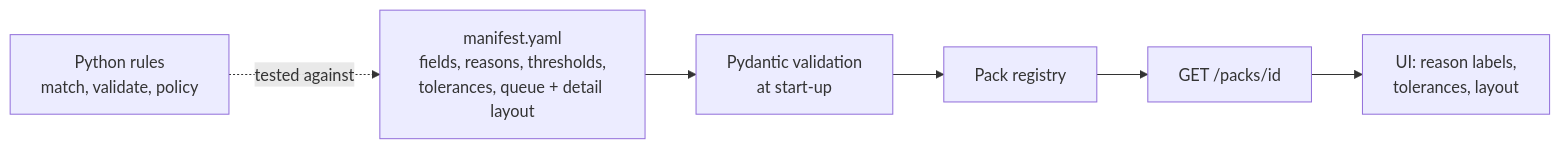
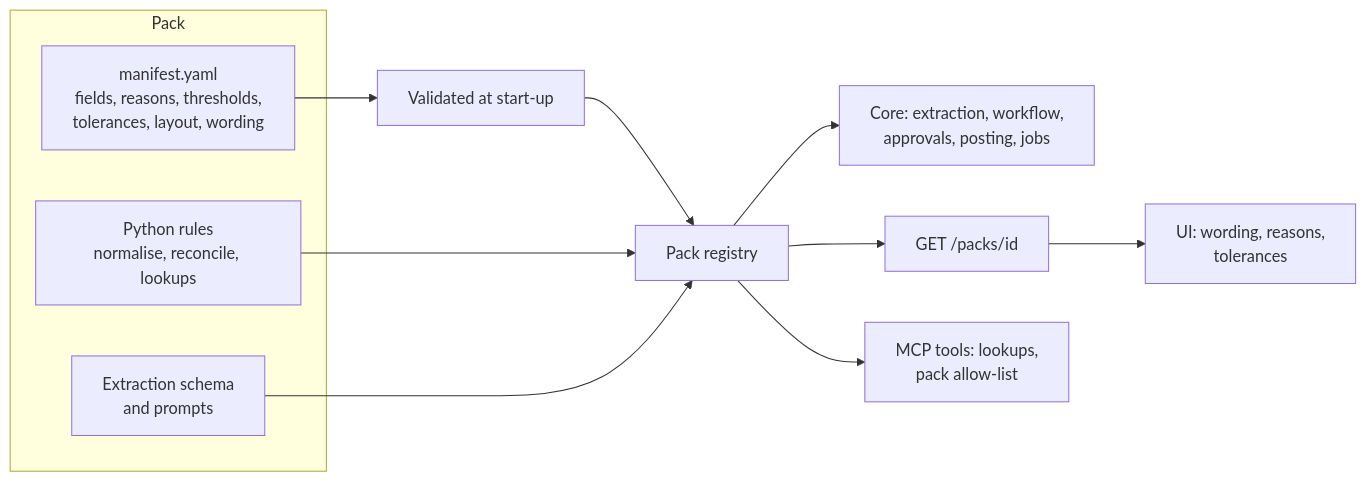
Before and after one commit to Shaurya-Sinha3301/Innoguard: the tenth of 10 diagrams in README.md, drawn with Mermaid. The commit also changed other lines of this file and 18 other files, not shown here.

Commit message:
UI: workflow switcher and pack-aware pages, expense case page; docs: expenses pack, writing a pack

````diff
--- a/README.md
+++ b/README.md
@@ -446,8 +471,16 @@
 ```mermaid
 flowchart LR
-    M[manifest.yaml<br/>fields, reasons, thresholds,<br/>tolerances, queue + detail layout] --> V[Pydantic validation<br/>at start-up]
+    subgraph Pack
+        M[manifest.yaml<br/>fields, reasons, thresholds,<br/>tolerances, layout, wording]
+        R[Python rules<br/>normalise, reconcile, lookups]
+        S[Extraction schema<br/>and prompts]
+    end
+    M --> V[Validated at start-up]
     V --> REG[Pack registry]
+    R --> REG
+    S --> REG
+    REG --> CORE[Core: extraction, workflow,<br/>approvals, posting, jobs]
     REG --> API2[GET /packs/id]
-    API2 --> UI2[UI: reason labels,<br/>tolerances, layout]
-    R[Python rules<br/>match, validate, policy] -.tested against.-> M
+    API2 --> UI2[UI: wording, reasons,<br/>tolerances]
+    REG --> MCPT[MCP tools: lookups,<br/>pack allow-list]
 ```
````
